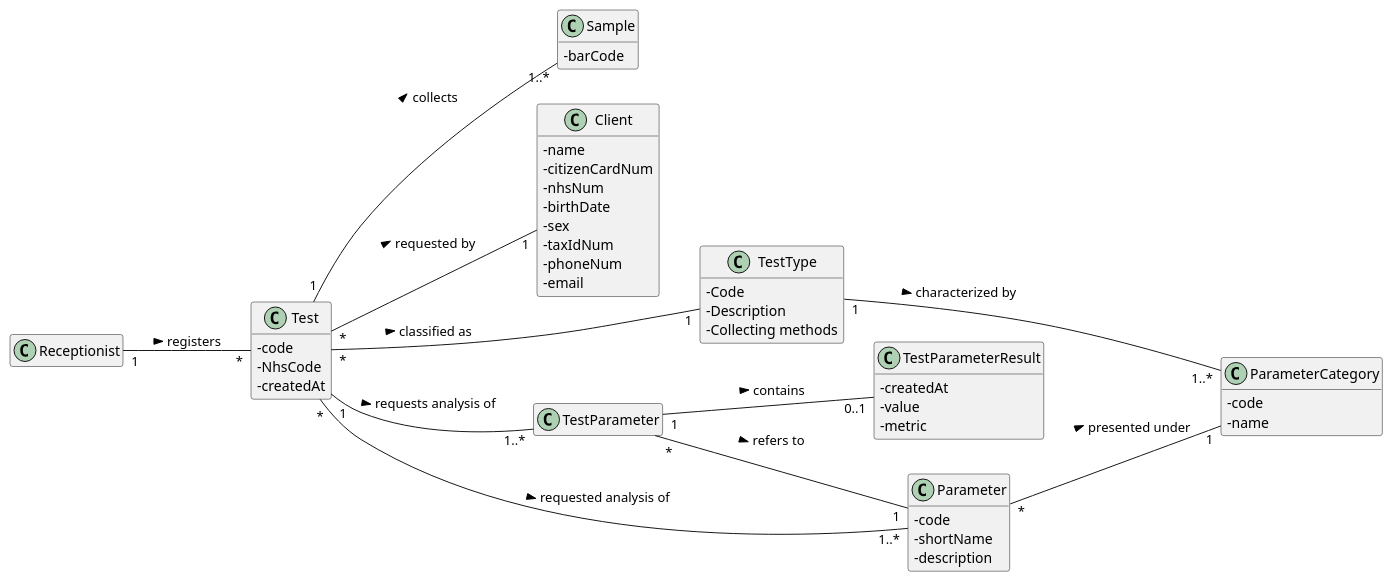
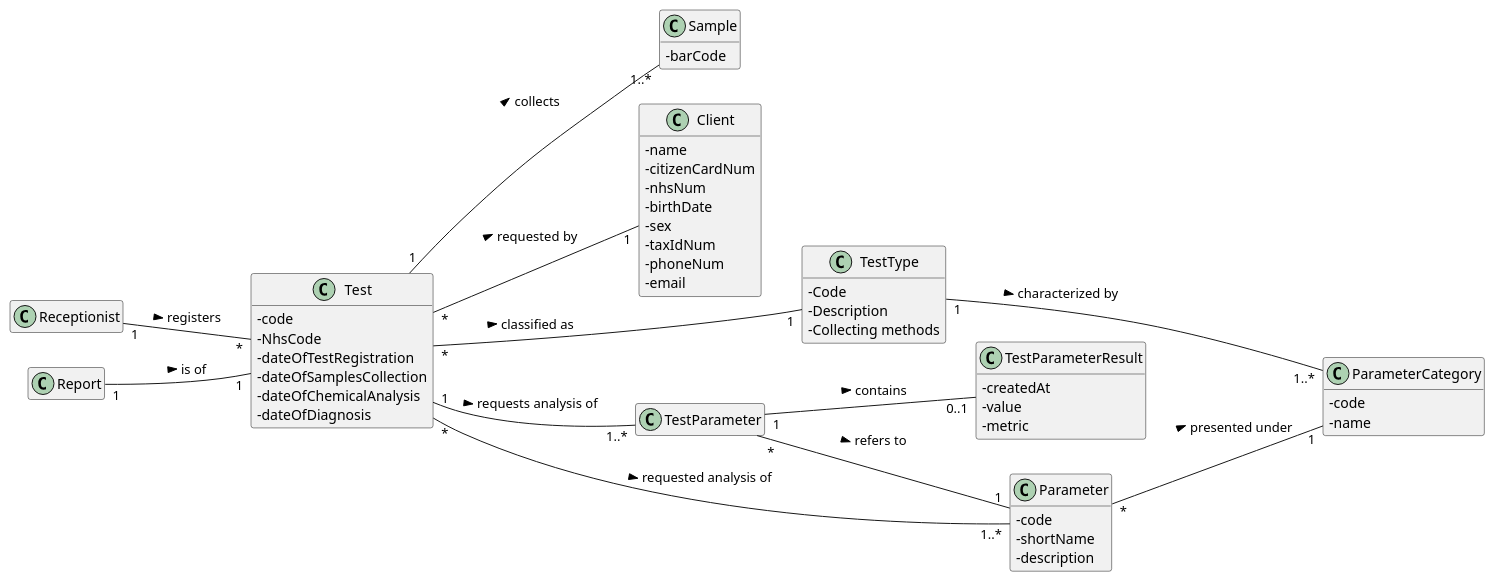
One commit to ana-albergaria/LAPR2-ISEP changed the diagram in docs/SprintC/US_4/US4_DM.puml. Above: the diagram before and after it, drawn with PlantUML. The commit also changed 5 other files, not shown here.

Commit message:
updating docs and diagrams according to new attributes added

```diff
--- a/docs/SprintC/US_4/US4_DM.puml
+++ b/docs/SprintC/US_4/US4_DM.puml
@@ -1,63 +1,67 @@
 @startuml
 
 left to right direction
 skinparam classAttributeIconSize 0
 hide empty methods
 hide empty attributes
 
 class Test{
 - code
 - NhsCode
-- createdAt
+- dateOfTestRegistration
+- dateOfSamplesCollection
+- dateOfChemicalAnalysis
+- dateOfDiagnosis
 }
 
 class ParameterCategory{
   -code
   -name
 }
 
 class Receptionist{}
 
 class Sample{
 - barCode
 }
 
 class Client{
 - name
 - citizenCardNum
 - nhsNum
 - birthDate
 - sex
 - taxIdNum
 - phoneNum
 - email
 }
 class TestParameter{}
 class TestParameterResult{
 - createdAt
 - value
 - metric
 }
 class TestType{
 - Code
 - Description
 - Collecting methods
 }
 
 class Parameter{
 - code
 - shortName
 - description
 }
 
 Test "*" -- "1" TestType : classified as >
+Report "1" -- "1" Test : is of >
 Test "*" -- "1" Client : requested by >
 Test "*" -- "1..*" Parameter : requested analysis of >
 Receptionist "1" -- "*" Test : registers >
 Parameter "*" -- "1" ParameterCategory: presented under >
 TestType "1" -- "1..*" ParameterCategory : characterized by >
 Test "1" -- "1..*" Sample : collects >
 Test "1" -- "1..*" TestParameter : requests analysis of >
 TestParameter "*" -- "1" Parameter : refers to >
 TestParameter "1" -- "0..1" TestParameterResult : contains >
 @enduml
```
